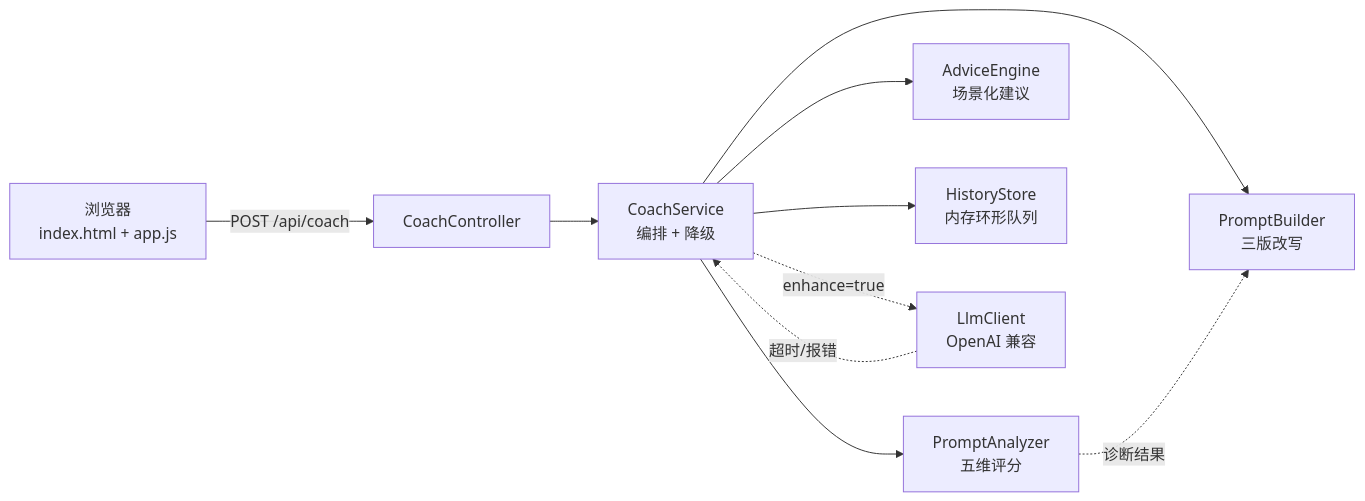
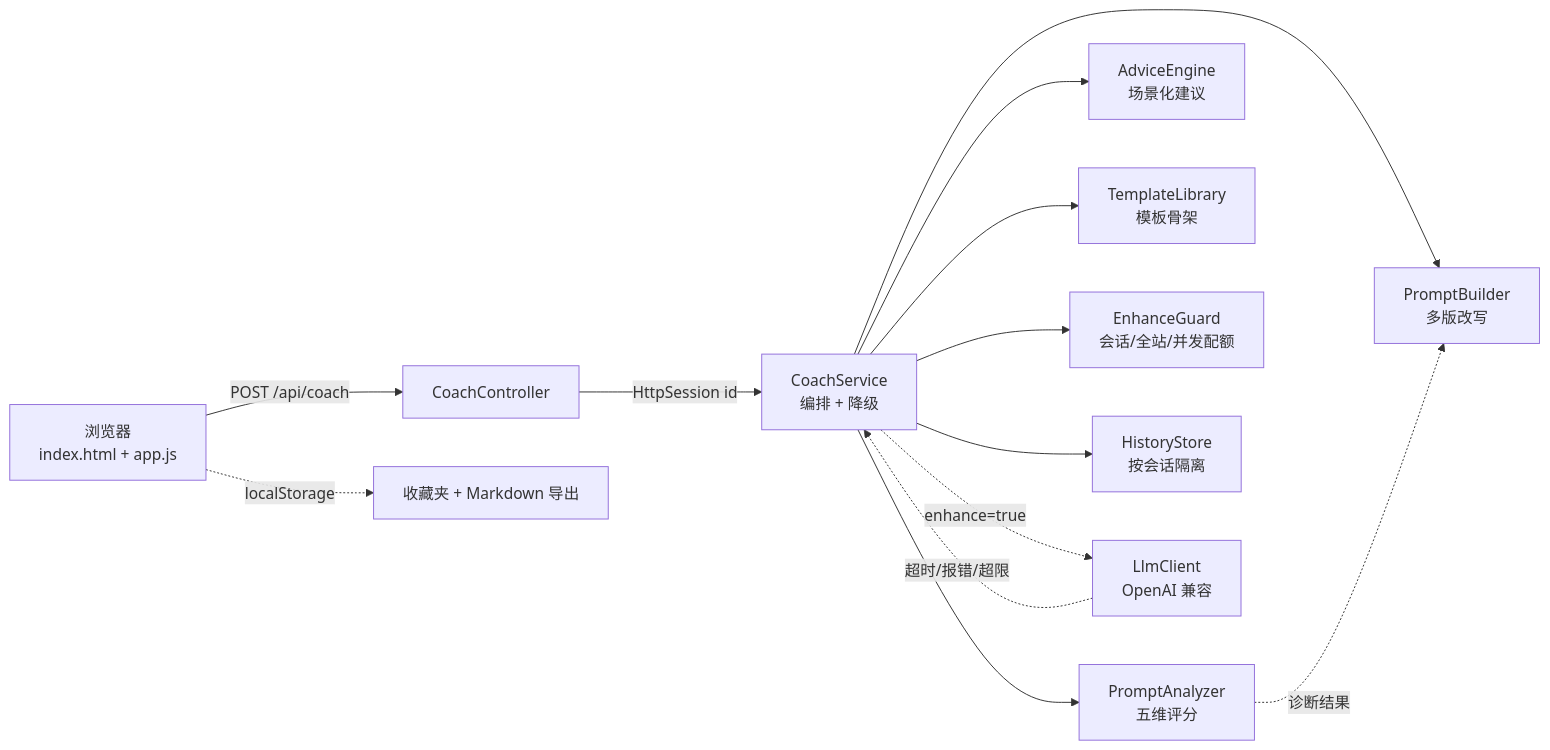
The diagram in README.md (JaneSmith719/prompt-coach), drawn with Mermaid before and after one commit. The commit also changed other lines of this file and 25 other files, not shown here.

````diff
--- a/README.md
+++ b/README.md
@@ -184,12 +209,15 @@
 ```mermaid
 flowchart LR
     UI[浏览器<br/>index.html + app.js] -->|POST /api/coach| C[CoachController]
-    C --> S[CoachService<br/>编排 + 降级]
+    C -->|HttpSession id| S[CoachService<br/>编排 + 降级]
     S --> A[PromptAnalyzer<br/>五维评分]
-    S --> B[PromptBuilder<br/>三版改写]
+    S --> B[PromptBuilder<br/>多版改写]
     S --> G[AdviceEngine<br/>场景化建议]
-    S --> H[HistoryStore<br/>内存环形队列]
+    S --> T[TemplateLibrary<br/>模板骨架]
+    S --> E[EnhanceGuard<br/>会话/全站/并发配额]
+    S --> H[HistoryStore<br/>按会话隔离]
     S -. enhance=true .-> L[LlmClient<br/>OpenAI 兼容]
-    L -. 超时/报错 .-> S
+    L -. 超时/报错/超限 .-> S
+    UI -. localStorage .-> F[收藏夹 + Markdown 导出]
     A -. 诊断结果 .-> B
 ```
````
